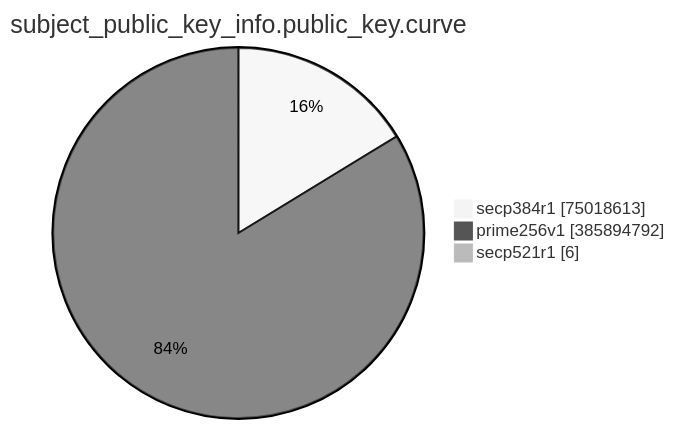
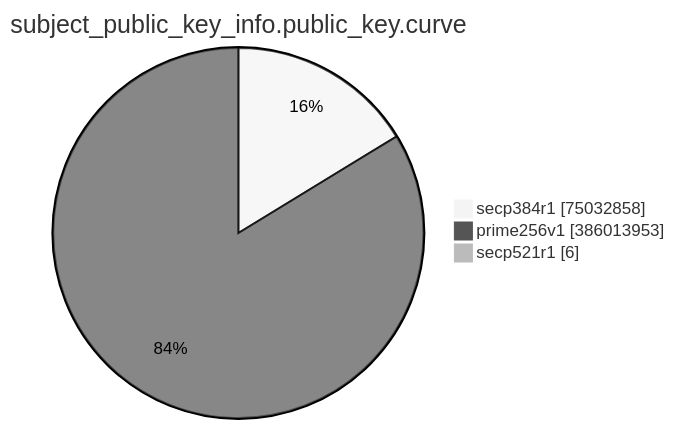
The eighth of 15 diagrams in TOTAL/README.md (christiankrug/ctmonitor_visualization), drawn with Mermaid (neutral theme) before and after one commit. The commit also changed other lines of this file, not shown here.

````diff
--- a/TOTAL/README.md
+++ b/TOTAL/README.md
@@ -3094,7 +3094,7 @@
 ```mermaid
 pie showData
 title subject_public_key_info.public_key.curve
-"secp384r1" :75018613
-"prime256v1" :385894792
+"secp384r1" :75032858
+"prime256v1" :386013953
 "secp521r1" :6
 ```
````
